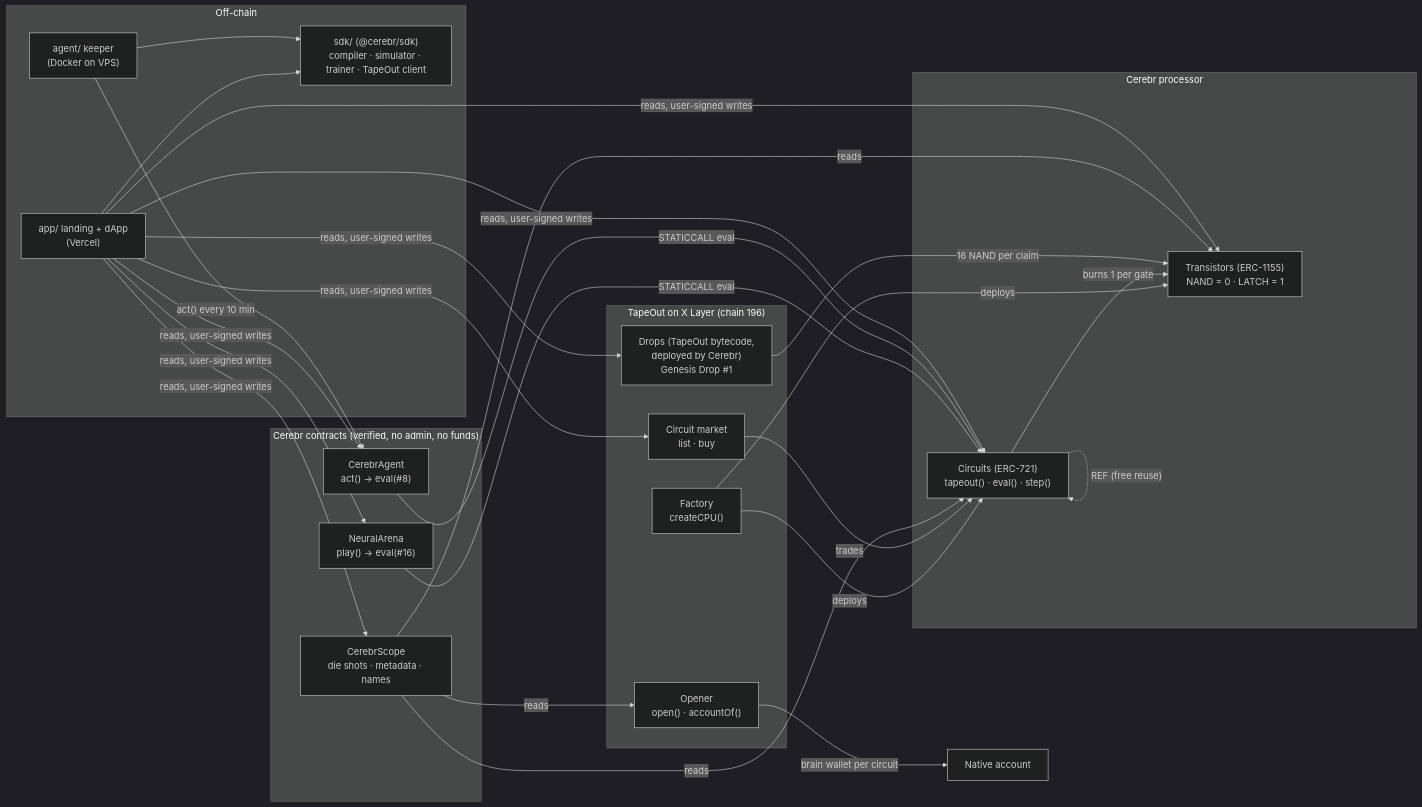
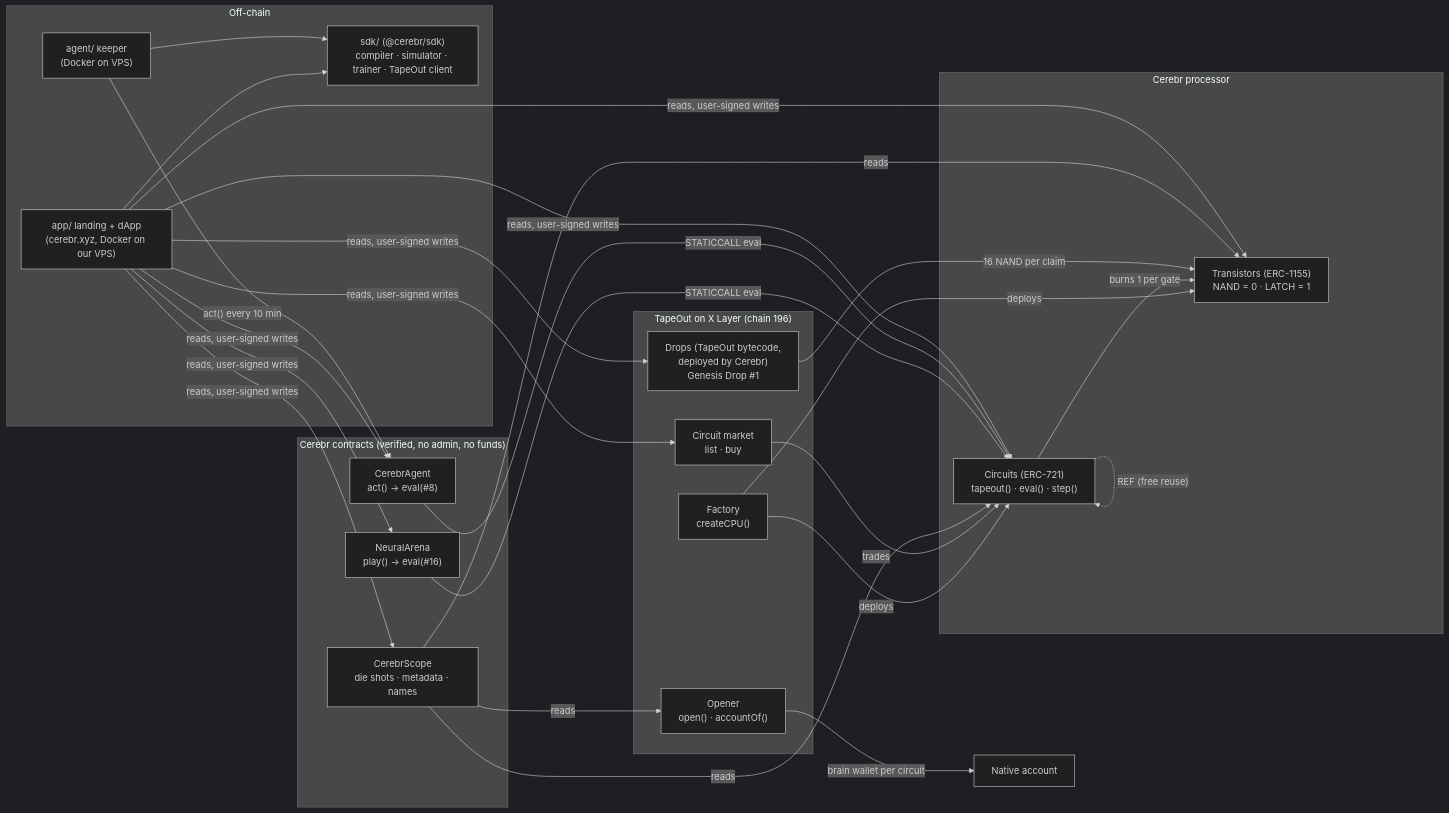
Before and after one commit to NetLayerLabs/Cerebr: the third of 3 diagrams in README.md, drawn with Mermaid (dark theme). The commit also changed other lines of this file and 6 other files, not shown here.

First line of the commit message:
docs+app: cerebr.xyz is the live URL; drop the Vercel config

````diff
--- a/README.md
+++ b/README.md
@@ -324,38 +324,38 @@
 ```mermaid
 flowchart LR
     subgraph TO ["TapeOut on X Layer (chain 196)"]
       F["Factory<br/>createCPU()"]
       OP["Opener<br/>open() · accountOf()"]
       DR["Drops (TapeOut bytecode,<br/>deployed by Cerebr)<br/>Genesis Drop #1"]
       MK["Circuit market<br/>list · buy"]
     end
     subgraph CPU ["Cerebr processor"]
       T["Transistors (ERC-1155)<br/>NAND = 0 · LATCH = 1"]
       C["Circuits (ERC-721)<br/>tapeout() · eval() · step()"]
     end
     F -- "deploys" --> T & C
     C -- "burns 1 per gate" --> T
     C -. "REF (free reuse)" .-> C
     OP -- "brain wallet per circuit" --> ACC["Native account"]
     DR -- "16 NAND per claim" --> T
     MK -- "trades" --> C
 
     subgraph OURS ["Cerebr contracts (verified, no admin, no funds)"]
       S["CerebrScope<br/>die shots · metadata · names"]
       AR["NeuralArena<br/>play() → eval(#16)"]
       AG["CerebrAgent<br/>act() → eval(#8)"]
     end
     S -- "reads" --> C & T & OP
     AR -- "STATICCALL eval" --> C
     AG -- "STATICCALL eval" --> C
 
     subgraph OFF ["Off-chain"]
       SDK["sdk/ (@cerebr/sdk)<br/>compiler · simulator · trainer · TapeOut client"]
-      APP["app/ landing + dApp<br/>(Vercel)"]
+      APP["app/ landing + dApp<br/>(cerebr.xyz, Docker on our VPS)"]
       KEEP["agent/ keeper<br/>(Docker on VPS)"]
     end
     APP --> SDK
     KEEP --> SDK
     APP -- "reads, user-signed writes" --> C & T & S & AR & AG & DR & MK
     KEEP -- "act() every 10 min" --> AG
 ```
````
